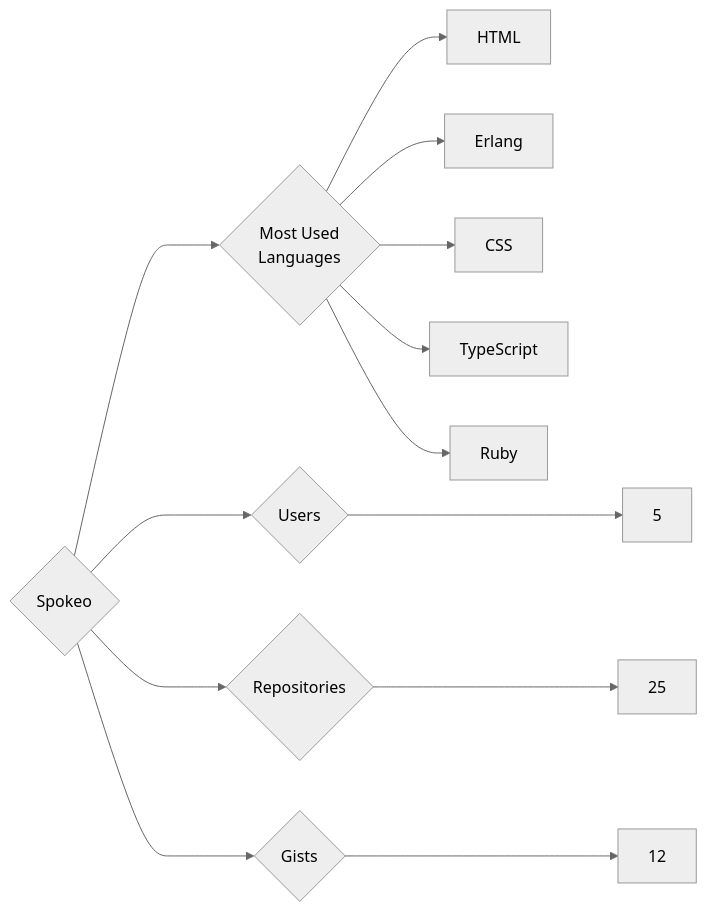
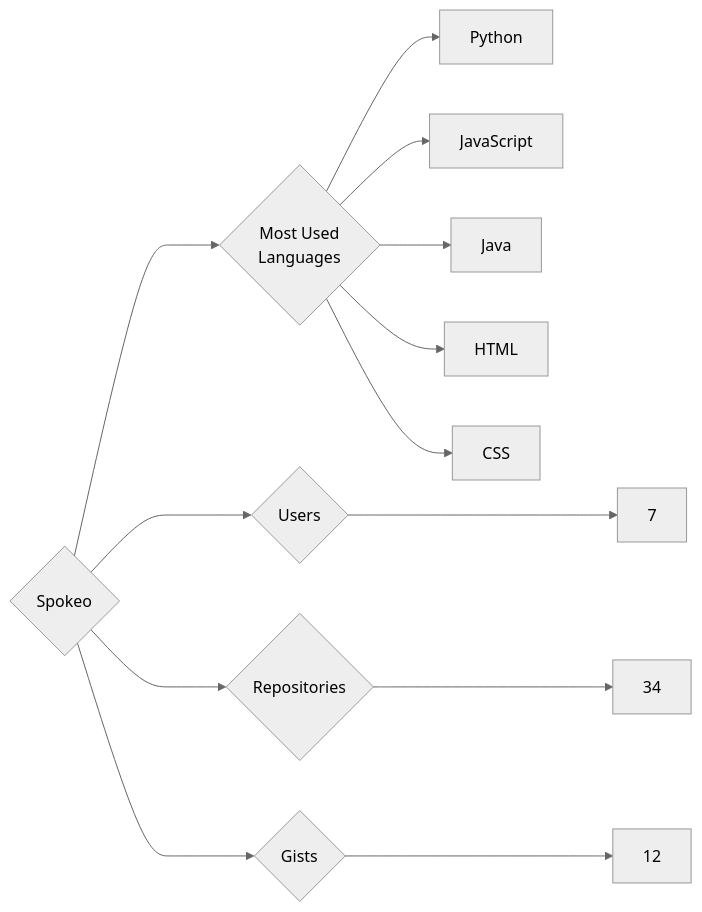
The diagram in targets/Spokeo/README.md (trickest/insiders), drawn with Mermaid (neutral theme) before and after one commit. The commit also changed 1389 other files, not shown here.

````diff
--- a/targets/Spokeo/README.md
+++ b/targets/Spokeo/README.md
@@ -3,13 +3,13 @@
 ```mermaid
 graph LR
 COMPANY_NAME{Spokeo}
-COMPANY_NAME ---> U{Users} ---> UN[5]
-COMPANY_NAME ---> R{Repositories} ---> RN[25]
+COMPANY_NAME ---> U{Users} ---> UN[7]
+COMPANY_NAME ---> R{Repositories} ---> RN[34]
 COMPANY_NAME ---> G{Gists} ---> GN[12]
 COMPANY_NAME ---> ML{Most Used<br>Languages}
+ML --> Python[Python]
+ML --> JavaScript[JavaScript]
+ML --> Java[Java]
 ML --> HTML[HTML]
-ML --> Erlang[Erlang]
 ML --> CSS[CSS]
-ML --> TypeScript[TypeScript]
-ML --> Ruby[Ruby]
 ```
````
